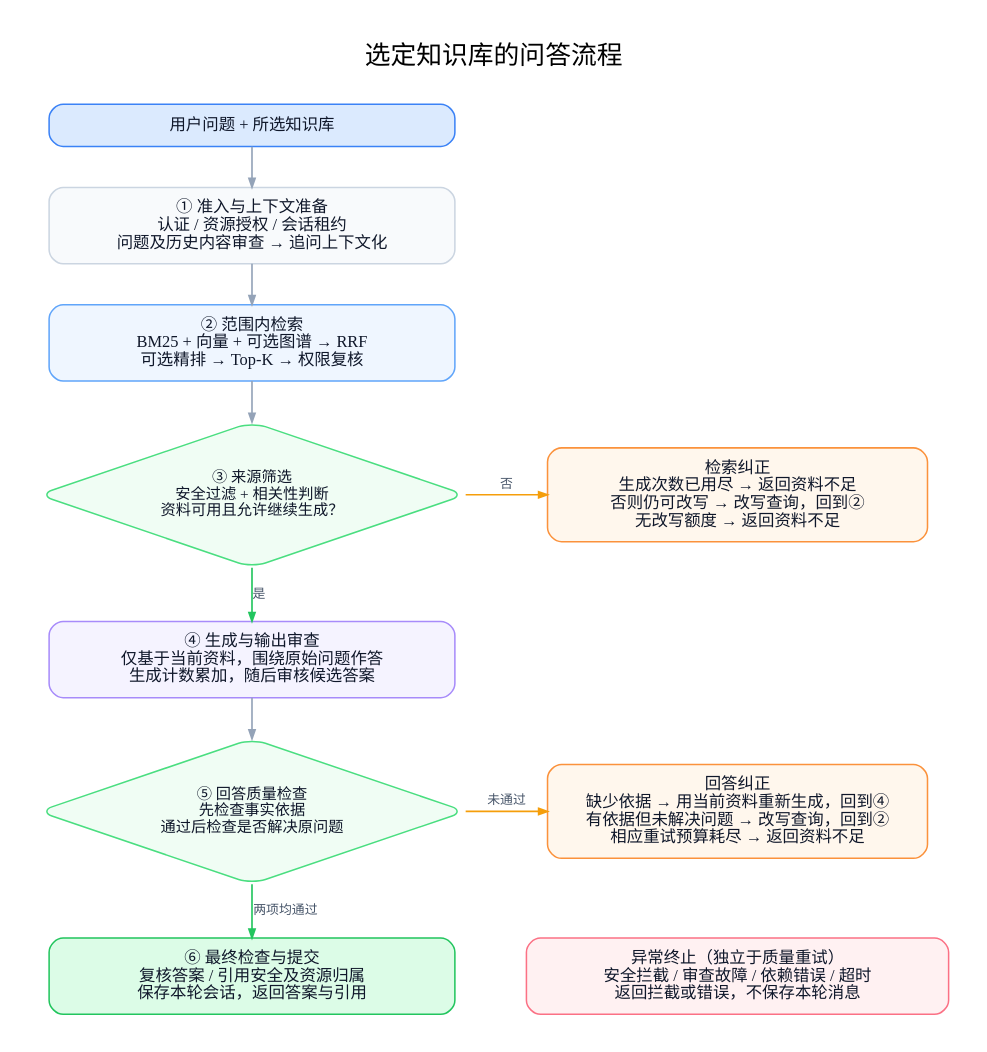
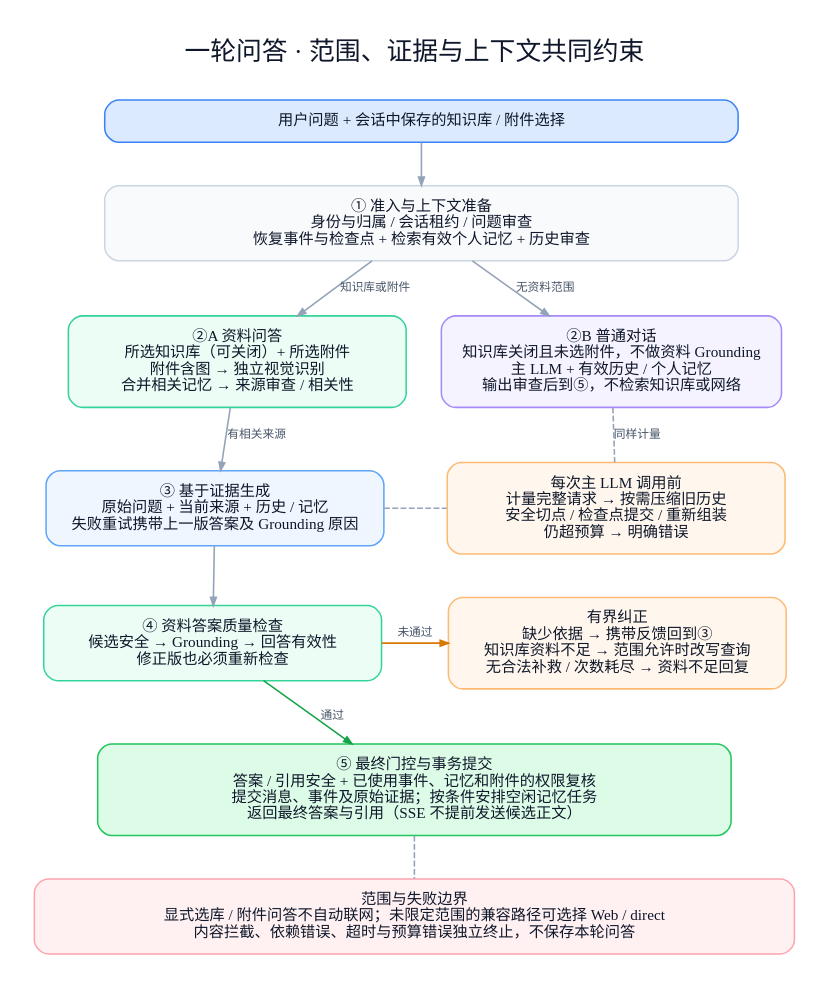
One commit to TheNorthS/Continuum changed the diagram in docs/assets/diagrams/qa-flow.dot. Above: the diagram before and after it, drawn with Graphviz. The commit also changed 80 other files, not shown here.

```diff
--- a/docs/assets/diagrams/qa-flow.dot
+++ b/docs/assets/diagrams/qa-flow.dot
@@ -1,43 +1,32 @@
-digraph QuestionAnswering {
-  graph [rankdir=TB, bgcolor="white", pad=0.35, nodesep=0.48, ranksep=0.47,
-         splines=polyline, fontname="Microsoft YaHei", fontsize=22,
-         labelloc=t, label="选定知识库的问答流程\n "];
+digraph G {
+
+  graph [rankdir=TB, bgcolor="white", pad=0.3, nodesep=0.38, ranksep=0.48, splines=polyline,
+         fontname="Microsoft YaHei", fontsize=22, fontcolor="#0F172A", labelloc=t];
   node [shape=box, style="rounded,filled", fillcolor="#F8FAFC", color="#CBD5E1",
-        fontname="Microsoft YaHei", fontsize=14, fontcolor="#0F172A", margin="0.20,0.14", penwidth=1.3];
-  edge [color="#94A3B8", penwidth=1.4, arrowsize=0.75, fontname="Microsoft YaHei", fontsize=11, fontcolor="#475569"];
+        fontname="Microsoft YaHei", fontsize=13, fontcolor="#0F172A", margin="0.20,0.15", penwidth=1.3];
+  edge [color="#94A3B8", penwidth=1.35, arrowsize=0.7, fontname="Microsoft YaHei", fontsize=10, fontcolor="#475569"];
 
-  request [label="用户问题 + 所选知识库", fillcolor="#DBEAFE", color="#3B82F6", width=4.8, group=main];
-  preflight [label="① 准入与上下文准备\n认证 / 资源授权 / 会话租约\n问题及历史内容审查 → 追问上下文化", width=4.8, group=main];
-  retrieve [label="② 范围内检索\nBM25 + 向量 + 可选图谱 → RRF\n可选精排 → Top-K → 权限复核",
-            fillcolor="#EFF6FF", color="#60A5FA", width=4.8, group=main];
-  evidence [label="③ 来源筛选\n安全过滤 + 相关性判断\n资料可用且允许继续生成？", shape=diamond,
-            fillcolor="#F0FDF4", color="#4ADE80", fontsize=13, group=main];
-  generate [label="④ 生成与输出审查\n仅基于当前资料，围绕原始问题作答\n生成计数累加，随后审核候选答案",
-            fillcolor="#F5F3FF", color="#A78BFA", width=4.8, group=main];
-  grade [label="⑤ 回答质量检查\n先检查事实依据\n通过后检查是否解决原问题", shape=diamond,
-         fillcolor="#F0FDF4", color="#4ADE80", fontsize=13, group=main];
-  finish [label="⑥ 最终检查与提交\n复核答案 / 引用安全及资源归属\n保存本轮会话，返回答案与引用",
-          fillcolor="#DCFCE7", color="#22C55E", width=4.8, group=main];
-
-  rewrite [label="检索纠正\n生成次数已用尽 → 返回资料不足\n否则仍可改写 → 改写查询，回到②\n无改写额度 → 返回资料不足",
-           fillcolor="#FFF7ED", color="#FB923C", width=4.5, group=correction];
-  retry [label="回答纠正\n缺少依据 → 用当前资料重新生成，回到④\n有依据但未解决问题 → 改写查询，回到②\n相应重试预算耗尽 → 返回资料不足",
-         fillcolor="#FFF7ED", color="#FB923C", width=4.5, group=correction];
-  failure [label="异常终止（独立于质量重试）\n安全拦截 / 审查故障 / 依赖错误 / 超时\n返回拦截或错误，不保存本轮消息",
-           fillcolor="#FFF1F2", color="#FB7185", width=5.0, group=correction];
-
-  request -> preflight [weight=30];
-  preflight -> retrieve [weight=30];
-  retrieve -> evidence [weight=30];
-  evidence -> generate [label="是", color="#22C55E", weight=30];
-  generate -> grade [weight=30];
-  grade -> finish [label="两项均通过", color="#22C55E", weight=30];
-  evidence -> rewrite [label="否", color="#F59E0B", constraint=false];
-  grade -> retry [label="未通过", color="#F59E0B", constraint=false];
-  rewrite -> retry [style=invis, weight=10];
-  retry -> failure [style=invis, weight=10];
-
-  {rank=same; evidence; rewrite;}
-  {rank=same; grade; retry;}
-  {rank=same; finish; failure;}
+  label="一轮问答 · 范围、证据与上下文共同约束\n ";
+  input [label="用户问题 + 会话中保存的知识库 / 附件选择", fillcolor="#DBEAFE", color="#3B82F6", width=7.5];
+  prepare [label="① 准入与上下文准备\n身份与归属 / 会话租约 / 问题审查\n恢复事件与检查点 + 检索有效个人记忆 + 历史审查", width=7.5];
+  input -> prepare;
+  rag [label="②A 资料问答\n所选知识库（可关闭）+ 所选附件\n附件含图 → 独立视觉识别\n合并相关记忆 → 来源审查 / 相关性", fillcolor="#ECFDF5", color="#34D399", width=4.0];
+  general [label="②B 普通对话\n知识库关闭且未选附件，不做资料 Grounding\n主 LLM + 有效历史 / 个人记忆\n输出审查后到⑤，不检索知识库或网络", fillcolor="#F5F3FF", color="#A78BFA", width=4.0];
+  {rank=same; rag; general;}
+  prepare -> rag [label="知识库或附件"]; prepare -> general [label="无资料范围"];
+  generate [label="③ 基于证据生成\n原始问题 + 当前来源 + 历史 / 记忆\n失败重试携带上一版答案及 Grounding 原因", fillcolor="#EFF6FF", color="#60A5FA", width=4.0];
+  budget [label="每次主 LLM 调用前\n计量完整请求 → 按需压缩旧历史\n安全切点 / 检查点提交 / 重新组装\n仍超预算 → 明确错误", fillcolor="#FFF7ED", color="#FDBA74", width=4.0];
+  {rank=same; generate; budget;}
+  rag -> generate [label="有相关来源"]; general -> budget [style=dashed, arrowhead=none, label="同样计量"];
+  generate -> budget [style=dashed, arrowhead=none, constraint=false];
+  judge [label="④ 资料答案质量检查\n候选安全 → Grounding → 回答有效性\n修正版也必须重新检查", fillcolor="#ECFDF5", color="#34D399", width=4.0];
+  retry [label="有界纠正\n缺少依据 → 携带反馈回到③\n知识库资料不足 → 范围允许时改写查询\n无合法补救 / 次数耗尽 → 资料不足回复", fillcolor="#FFF7ED", color="#FDBA74", width=4.0];
+  {rank=same; judge; retry;}
+  generate -> judge; judge -> retry [label="未通过", color="#D97706", constraint=false];
+  budget -> retry [style=invis];
+  finish [label="⑤ 最终门控与事务提交\n答案 / 引用安全 + 已使用事件、记忆和附件的权限复核\n提交消息、事件及原始证据；按条件安排空闲记忆任务\n返回最终答案与引用（SSE 不提前发送候选正文）", fillcolor="#DCFCE7", color="#22C55E", width=7.5];
+  judge -> finish [label="通过", color="#16A34A"];
+  retry -> finish [style=invis];
+  note [label="范围与失败边界\n显式选库 / 附件问答不自动联网；未限定范围的兼容路径可选择 Web / direct\n内容拦截、依赖错误、超时与预算错误独立终止，不保存本轮问答", fillcolor="#FFF1F2", color="#FDA4AF", width=9.0];
+  finish -> note [style=dashed, arrowhead=none];
 }
```
